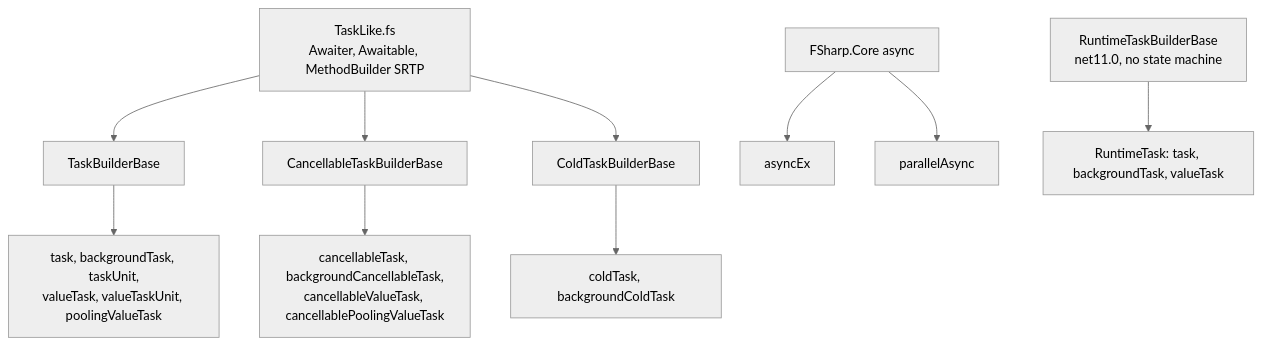
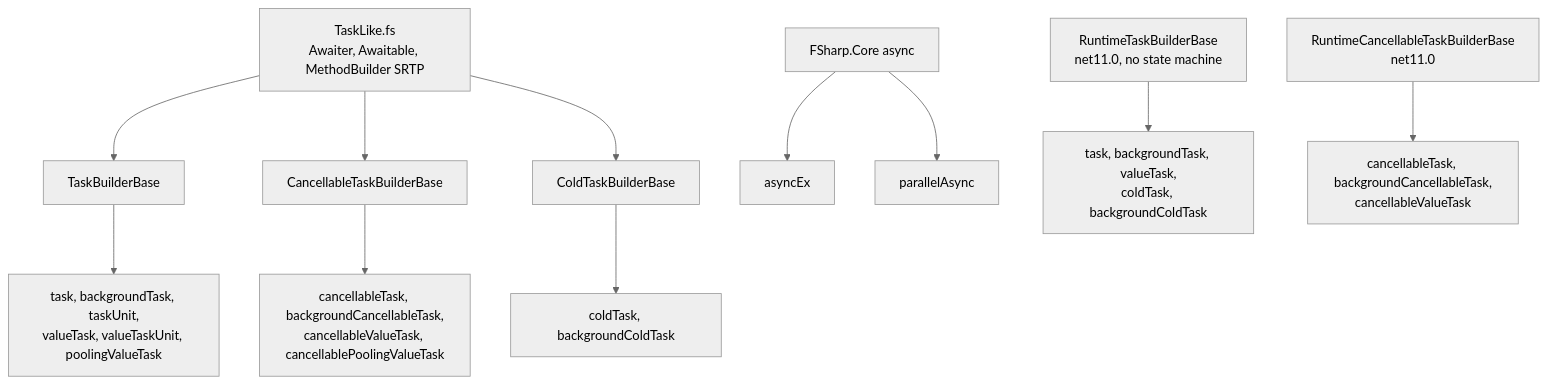
Before and after one commit to TheAngryByrd/IcedTasks: the diagram in lode/builders/summary.md, drawn with Mermaid (neutral theme). The commit also changed other lines of this file and 29 other files, not shown here.

First line of the commit message:
Add runtime-async cold and cancellable builders, and a How-To

````diff
--- a/lode/builders/summary.md
+++ b/lode/builders/summary.md
@@ -27,12 +28,13 @@
 ```mermaid
 flowchart TD
     TaskLike["TaskLike.fs<br/>Awaiter, Awaitable, MethodBuilder SRTP"] --> TBB["TaskBuilderBase"]
     TaskLike --> CTBB["CancellableTaskBuilderBase"]
     TaskLike --> CTB["ColdTaskBuilderBase"]
     TBB --> hot["task, backgroundTask, taskUnit,<br/>valueTask, valueTaskUnit, poolingValueTask"]
     CTBB --> canc["cancellableTask, backgroundCancellableTask,<br/>cancellableValueTask, cancellablePoolingValueTask"]
     CTB --> cold["coldTask, backgroundColdTask"]
     asyncB["FSharp.Core async"] --> ax["asyncEx"]
     asyncB --> pa["parallelAsync"]
-    rt["RuntimeTaskBuilderBase<br/>net11.0, no state machine"] --> rtb["RuntimeTask: task, backgroundTask, valueTask"]
+    rt["RuntimeTaskBuilderBase<br/>net11.0, no state machine"] --> rtb["task, backgroundTask, valueTask,<br/>coldTask, backgroundColdTask"]
+    rct["RuntimeCancellableTaskBuilderBase<br/>net11.0"] --> rctb["cancellableTask, backgroundCancellableTask,<br/>cancellableValueTask"]
 ```
````
